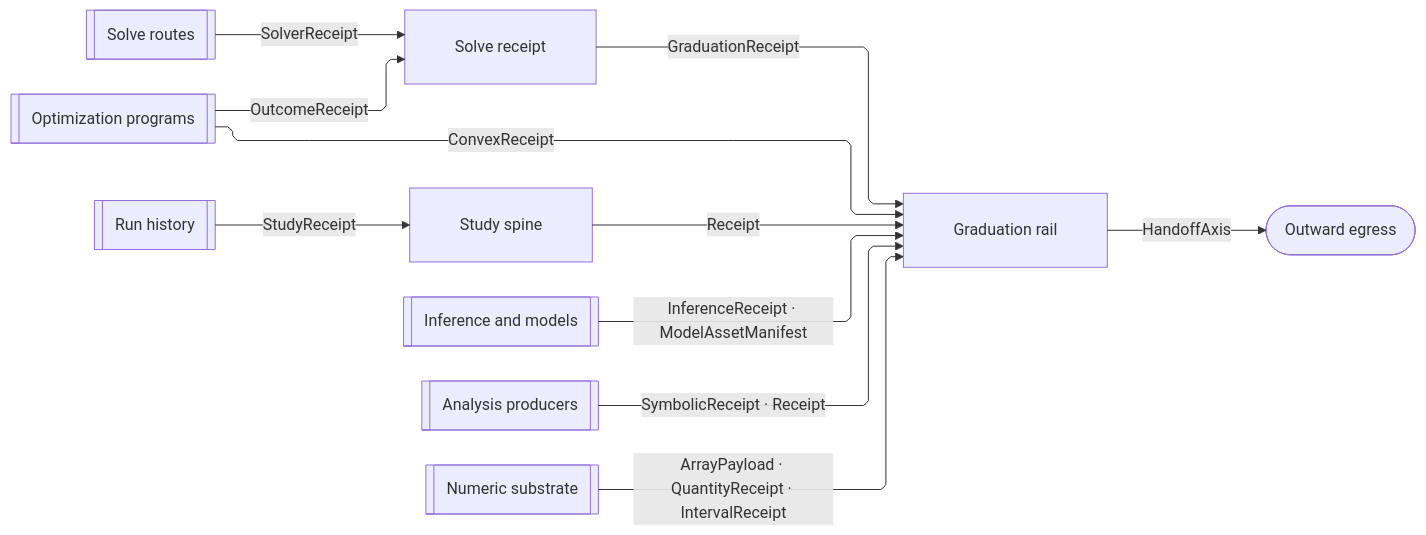
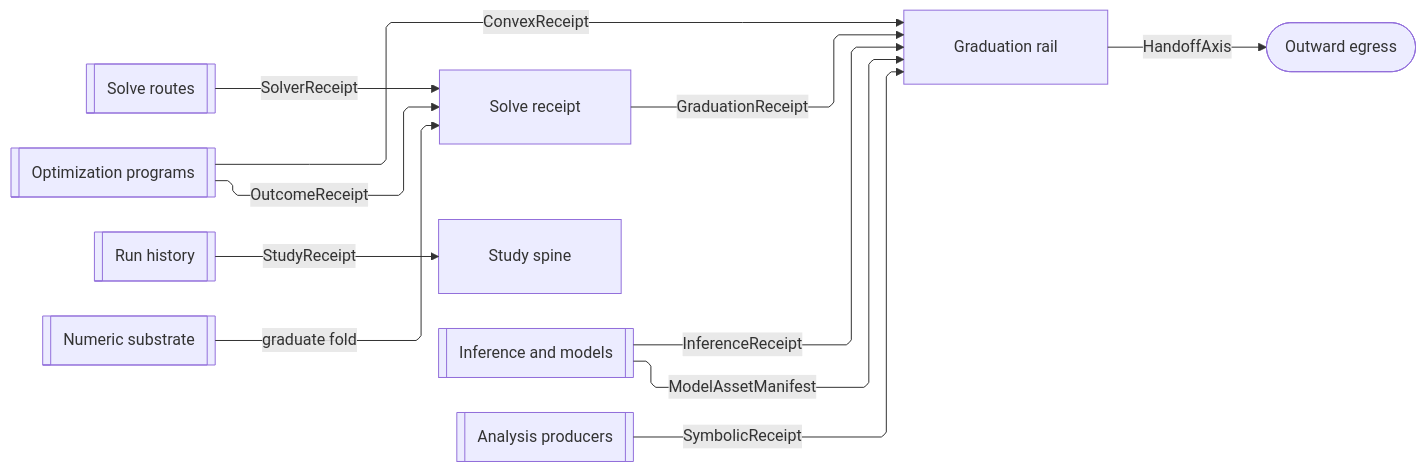
The third of 3 diagrams in libs/python/compute/ARCHITECTURE.md (bsamiee/Rasm), drawn with Mermaid before and after one commit. The commit also changed other lines of this file and 115 other files, not shown here.

````diff
--- a/libs/python/compute/ARCHITECTURE.md
+++ b/libs/python/compute/ARCHITECTURE.md
@@ -152,22 +152,22 @@
 ```mermaid
 ---
 config:
   layout: elk
   flowchart:
     curve: linear
     padding: 25
 ---
 flowchart LR
-    accTitle: Compute internal convergence
+    accTitle: Compute internal receipt spine
     accDescr: Numeric-science sub-domains fold solve receipts and graduating axis evidence onto the single graduation rail crossing outward.
     SolveRoutes[[Solve routes]] e1@-->|"SolverReceipt"| Receipt[Solve receipt]
     Optimization[[Optimization programs]] e2@-->|"OutcomeReceipt"| Receipt
     Optimization e3@-->|"ConvexReceipt"| Handoff[Graduation rail]
     History[[Run history]] e4@-->|"StudyReceipt"| Study[Study spine]
-    Experiments[[Inference and models]] e5@-->|"InferenceReceipt · ModelAssetManifest"| Handoff
-    Receipt e6@-->|"GraduationReceipt"| Handoff
-    Study e7@-->|"Receipt"| Handoff
-    Analysis[[Analysis producers]] e8@-->|"SymbolicReceipt · Receipt"| Handoff
-    Numerics[[Numeric substrate]] e9@-->|"ArrayPayload · QuantityReceipt · IntervalReceipt"| Handoff
+    Experiments[[Inference and models]] e5@-->|"InferenceReceipt"| Handoff
+    Experiments e6@-->|"ModelAssetManifest"| Handoff
+    Numerics[[Numeric substrate]] e7@-->|"graduate fold"| Receipt
+    Receipt e8@-->|"GraduationReceipt"| Handoff
+    Analysis[[Analysis producers]] e9@-->|"SymbolicReceipt"| Handoff
     Handoff e10@-->|"HandoffAxis"| Out([Outward egress])
 ```
````
